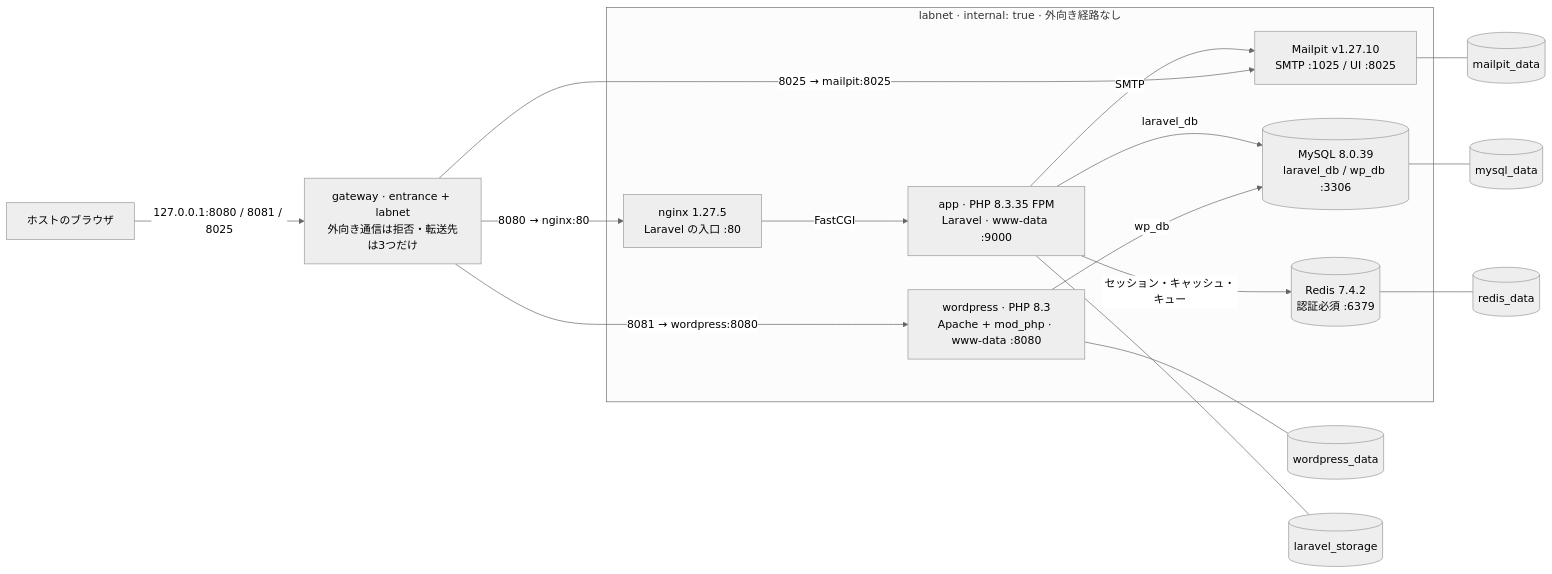
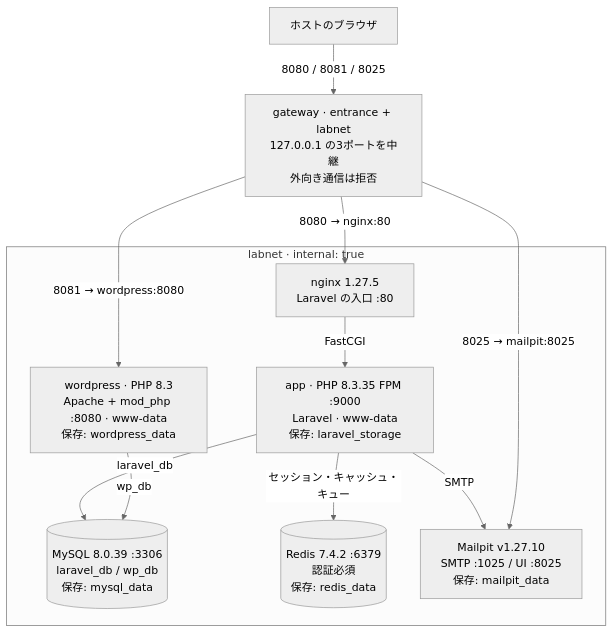
The diagram in README.md (kkm-horikawa-blog-content/php-isolated-lab), drawn with Mermaid (neutral theme) before and after one commit. The commit also changed other lines of this file and 1 other file, not shown here.

Commit message:
READMEの構成図を画像でも開けるようにする
GitHubのMermaid表示先が応答しない場合にも構成を確認できるよう、同じ図をMermaid CLIで描画した画像を添える。図は縦方向に整理し、内部網と入口と保存先を読み取れるようにする。

Github-Issue: #1

````diff
--- a/README.md
+++ b/README.md
@@ -3,27 +3,22 @@
 ```mermaid
-flowchart LR
+flowchart TB
     browser["ホストのブラウザ"]
-    gateway["gateway · entrance + labnet\n外向き通信は拒否・転送先は3つだけ"]
-    subgraph labnet["labnet · internal: true · 外向き経路なし"]
-        nginx["nginx 1.27.5\nLaravel の入口 :80"]
-        app["app · PHP 8.3.35 FPM\nLaravel · www-data :9000"]
-        wp["wordpress · PHP 8.3\nApache + mod_php · www-data :8080"]
-        db[("MySQL 8.0.39\nlaravel_db / wp_db :3306")]
-        redis[("Redis 7.4.2\n認証必須 :6379")]
-        mail["Mailpit v1.27.10\nSMTP :1025 / UI :8025"]
+    gateway["gateway · entrance + labnet<br/>127.0.0.1 の3ポートを中継<br/>外向き通信は拒否"]
+    browser -->|8080 / 8081 / 8025| gateway
+    subgraph labnet["labnet · internal: true"]
+        nginx["nginx 1.27.5<br/>Laravel の入口 :80"]
+        app["app · PHP 8.3.35 FPM :9000<br/>Laravel · www-data<br/>保存: laravel_storage"]
+        wp["wordpress · PHP 8.3<br/>Apache + mod_php :8080 · www-data<br/>保存: wordpress_data"]
+        db[("MySQL 8.0.39 :3306<br/>laravel_db / wp_db<br/>保存: mysql_data")]
+        redis[("Redis 7.4.2 :6379<br/>認証必須<br/>保存: redis_data")]
+        mail["Mailpit v1.27.10<br/>SMTP :1025 / UI :8025<br/>保存: mailpit_data"]
         nginx -->|FastCGI| app
         app -->|laravel_db| db
         wp -->|wp_db| db
         app -->|セッション・キャッシュ・キュー| redis
         app -->|SMTP| mail
     end
-    browser -->|127.0.0.1:8080 / 8081 / 8025| gateway
     gateway -->|8080 → nginx:80| nginx
     gateway -->|8081 → wordpress:8080| wp
     gateway -->|8025 → mailpit:8025| mail
-    db --- mysqlvol[(mysql_data)]
-    redis --- redisvol[(redis_data)]
-    wp --- wpvol[(wordpress_data)]
-    app --- storagevol[(laravel_storage)]
-    mail --- mailvol[(mailpit_data)]
 ```
````
